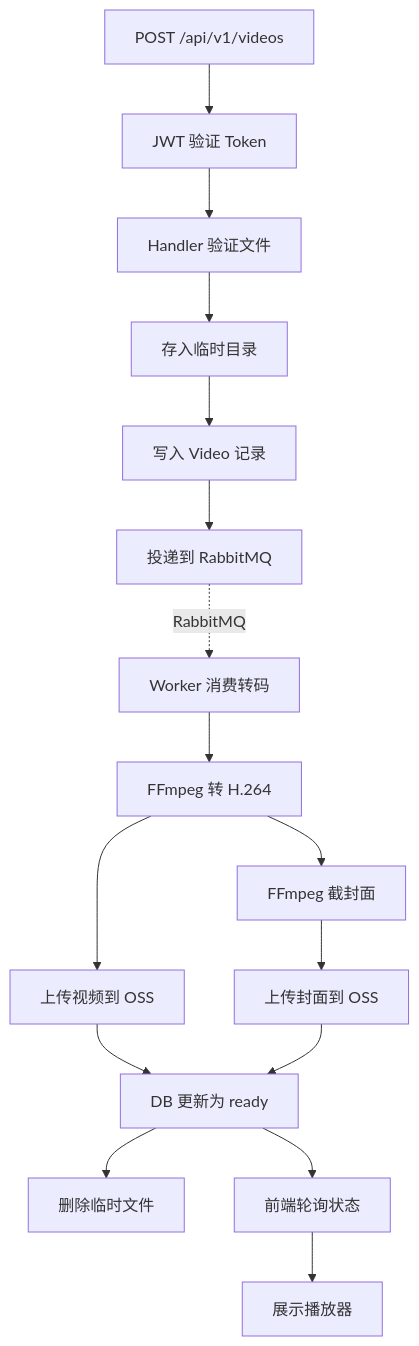
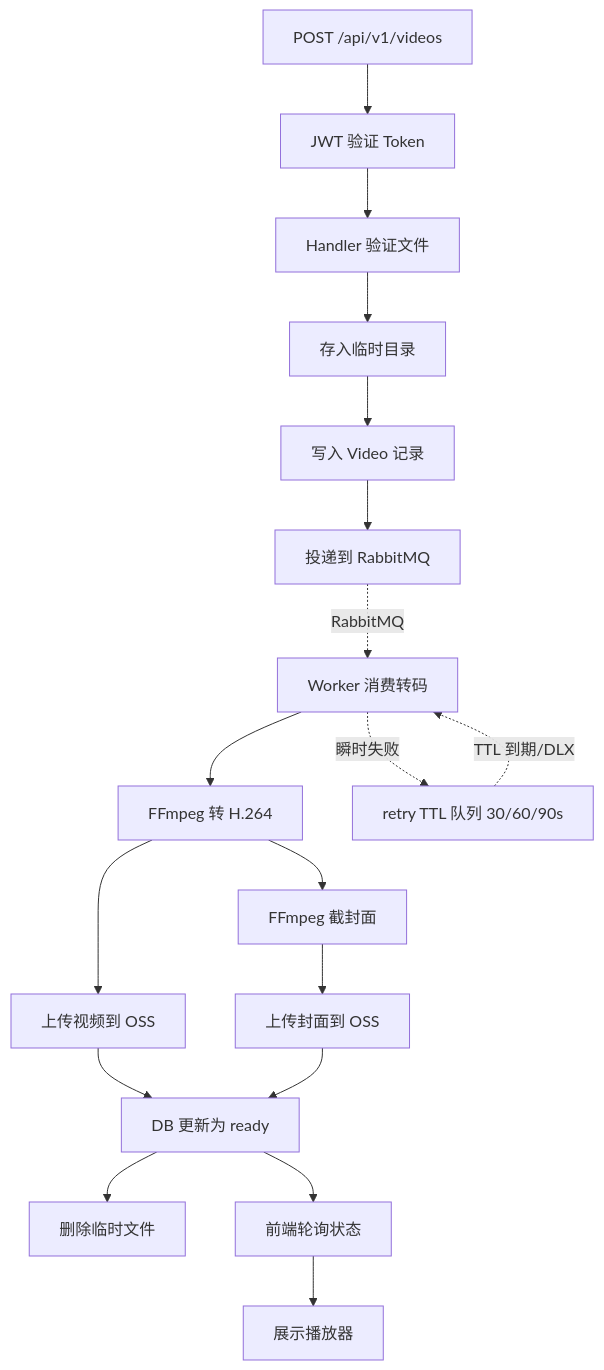
Before and after one commit to earthcake2233/cakecake: the sixth of 6 diagrams in docs/ARCHITECTURE.md, drawn with Mermaid. The commit also changed other lines of this file and 36 other files, not shown here.

````diff
--- a/docs/ARCHITECTURE.md
+++ b/docs/ARCHITECTURE.md
@@ -285,30 +296,33 @@
 ```mermaid
 flowchart TB
     A["POST /api/v1/videos"]
     B["JWT 验证 Token"]
     C["Handler 验证文件"]
     D["存入临时目录"]
     E["写入 Video 记录"]
     F["投递到 RabbitMQ"]
 
     G["Worker 消费转码"]
     H["FFmpeg 转 H.264"]
     I["FFmpeg 截封面"]
     J["上传视频到 OSS"]
     K["上传封面到 OSS"]
+    R["retry TTL 队列 30/60/90s"]
 
     L["DB 更新为 ready"]
     M["删除临时文件"]
     N["前端轮询状态"]
     P["展示播放器"]
 
     A --> B --> C --> D --> E --> F
     F -.->|RabbitMQ| G
     G --> H
     H --> J
     H --> I --> K
+    G -.->|瞬时失败| R
+    R -.->|TTL 到期/DLX| G
     J --> L
     K --> L
     L --> M
     L --> N --> P
 ```
````
